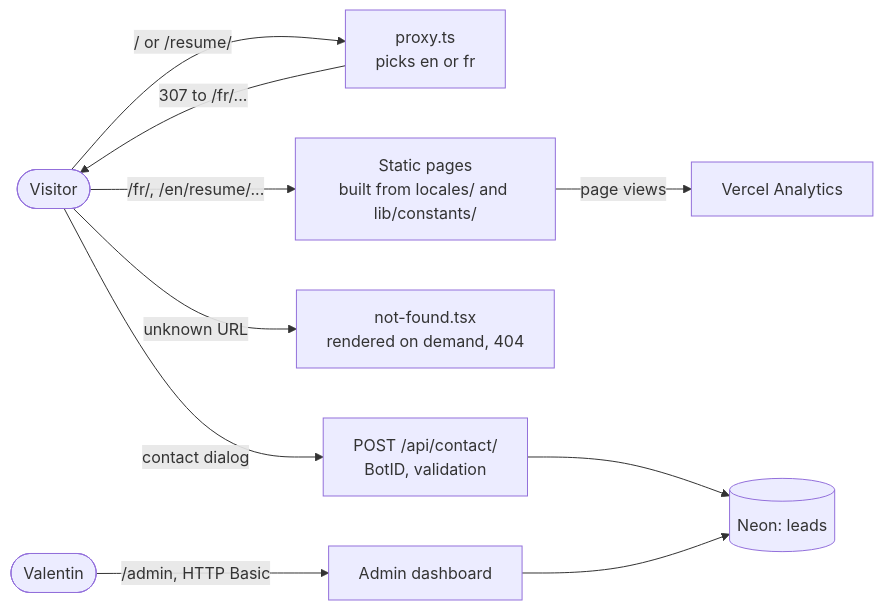
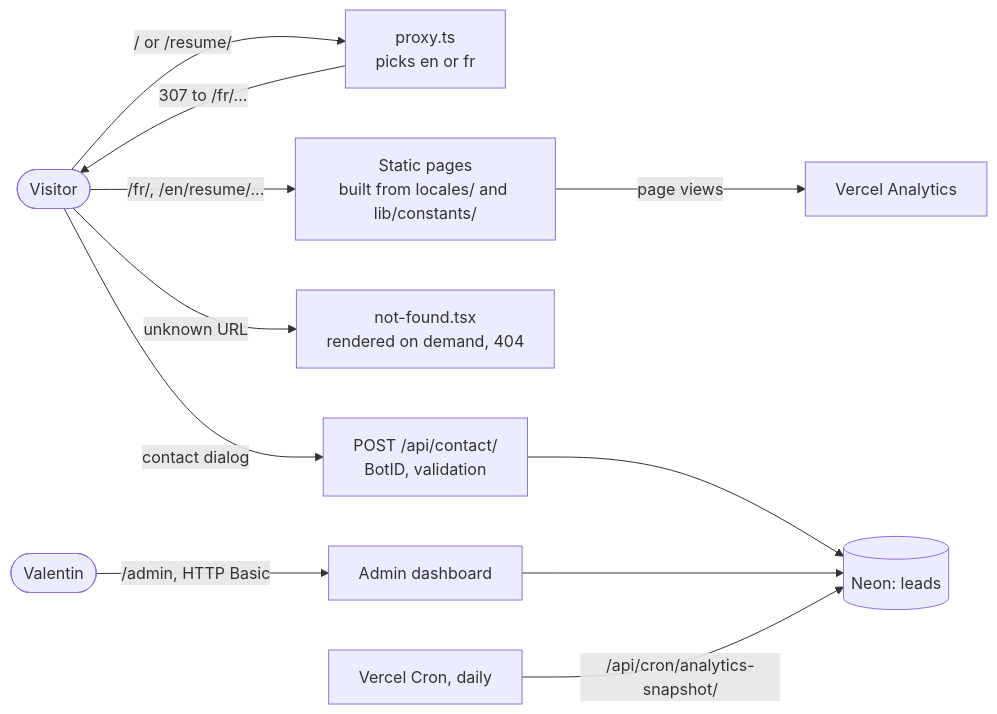
The diagram in docs/architecture/overview.md (vahohenheim/personal-website), drawn with Mermaid before and after one commit. The commit also changed other lines of this file and 9 other files, not shown here.

````diff
--- a/docs/architecture/overview.md
+++ b/docs/architecture/overview.md
@@ -24,12 +25,13 @@
 ```mermaid
 flowchart LR
     V([Visitor]) -->|/ or /resume/| P[proxy.ts<br/>picks en or fr]
     P -->|307 to /fr/...| V
     V -->|/fr/, /en/resume/...| S[Static pages<br/>built from locales/ and lib/constants/]
     V -->|unknown URL| N[not-found.tsx<br/>rendered on demand, 404]
     V -->|contact dialog| C[POST /api/contact/<br/>BotID, validation]
     C --> DB[(Neon: leads)]
     T([Valentin]) -->|/admin, HTTP Basic| ADM[Admin dashboard]
     ADM --> DB
+    CRON[Vercel Cron, daily] -->|/api/cron/analytics-snapshot/| DB
     S -->|page views| A[Vercel Analytics]
 ```
````
